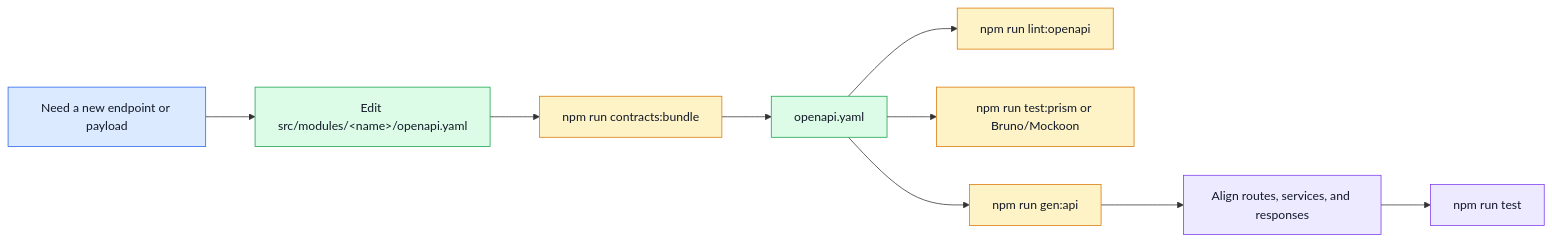
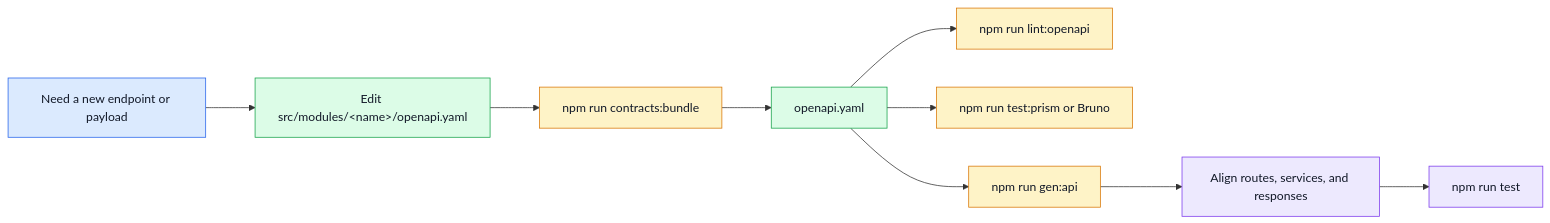
The diagram in docs/api/openapi-workflow.md (Guebbit/boilerplate-node-backend), drawn with Mermaid before and after one commit. The commit also changed other lines of this file and 18 other files, not shown here.

````diff
--- a/docs/api/openapi-workflow.md
+++ b/docs/api/openapi-workflow.md
@@ -7,21 +7,21 @@
 ```mermaid
 %%{init: {'flowchart': {'nodeSpacing': 50, 'rankSpacing': 65}}}%%
 flowchart LR
     Idea[Need a new endpoint or payload] --> Frag["Edit src/modules/&lt;name&gt;/openapi.yaml"]
     Frag --> Bundle[npm run contracts:bundle]
     Bundle --> Spec[openapi.yaml]
     Spec --> Lint[npm run lint:openapi]
-    Spec --> Mock[npm run test:prism or Bruno/Mockoon]
+    Spec --> Mock[npm run test:prism or Bruno]
     Spec --> Generate[npm run gen:api]
     Generate --> Implement[Align routes, services, and responses]
     Implement --> Test[npm run test]
 
     classDef change fill:#dbeafe,stroke:#2563eb,color:#111827;
     classDef contract fill:#dcfce7,stroke:#16a34a,color:#111827;
     classDef tooling fill:#fef3c7,stroke:#d97706,color:#111827;
     classDef app fill:#ede9fe,stroke:#7c3aed,color:#111827;
     class Idea change;
     class Frag,Spec contract;
     class Bundle,Lint,Mock,Generate tooling;
     class Implement,Test app;
 ```
````
